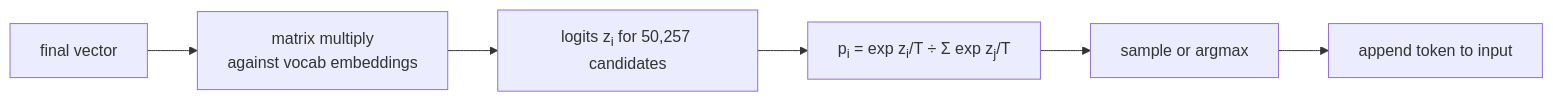
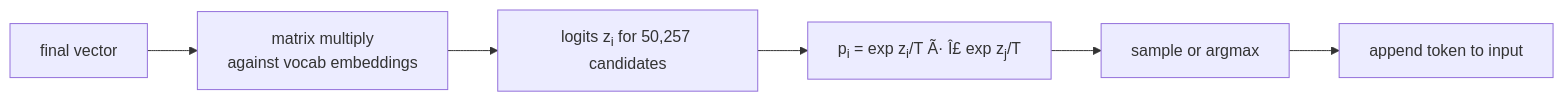
Before and after one commit to Mostakim2005/gpt-moe-3d-explainer: the sixth of 11 diagrams in docs/algorithms.md, drawn with Mermaid. The commit also changed other lines of this file and 5 other files, not shown here.

````diff
--- a/docs/algorithms.md
+++ b/docs/algorithms.md
@@ -99,8 +101,8 @@
 ```mermaid
 flowchart LR
     H[final vector] --> M[matrix multiply\nagainst vocab embeddings]
     M --> LOGITS[logits z<sub>i</sub> for 50,257 candidates]
-    LOGITS --> SM[p<sub>i</sub> = exp z<sub>i</sub>/T ÷ Σ exp z<sub>j</sub>/T]
+    LOGITS --> SM[p<sub>i</sub> = exp z<sub>i</sub>/T Ã· Î£ exp z<sub>j</sub>/T]
     SM --> PICK[sample or argmax]
     PICK --> NEXT[append token to input]
 ```
````
